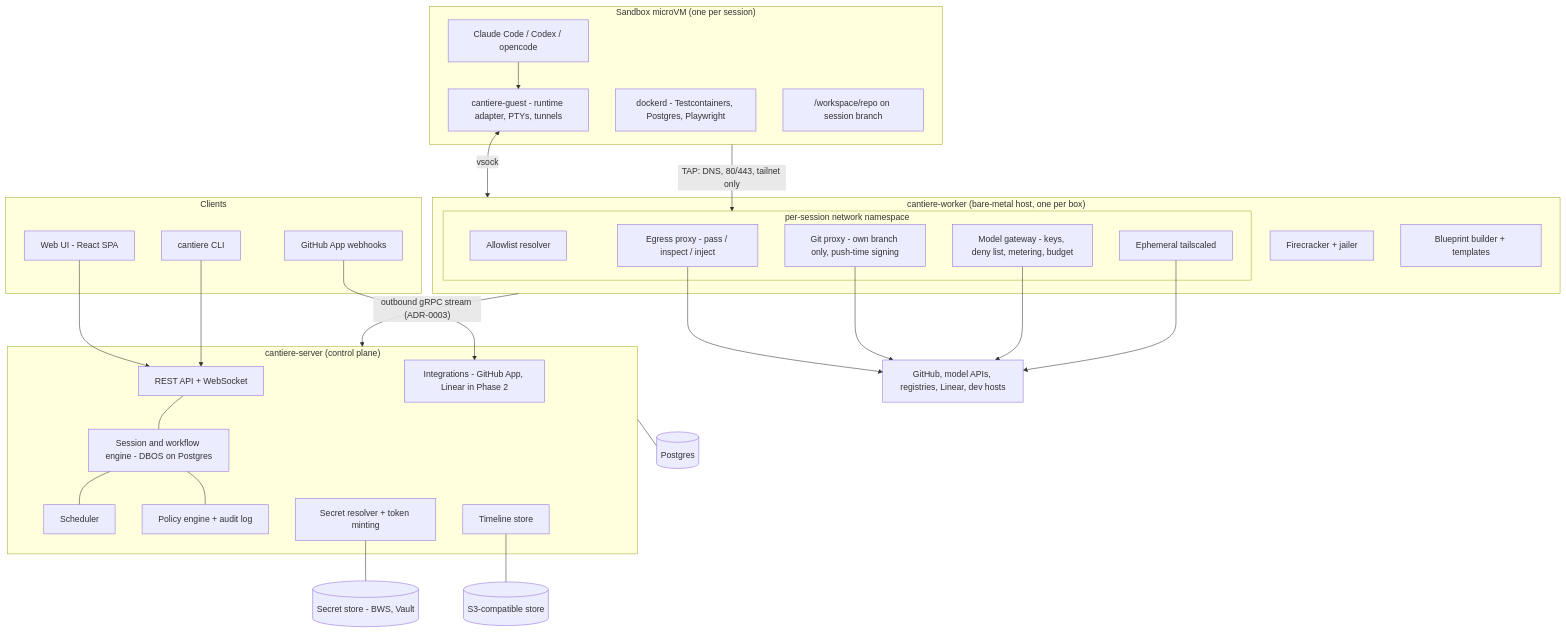
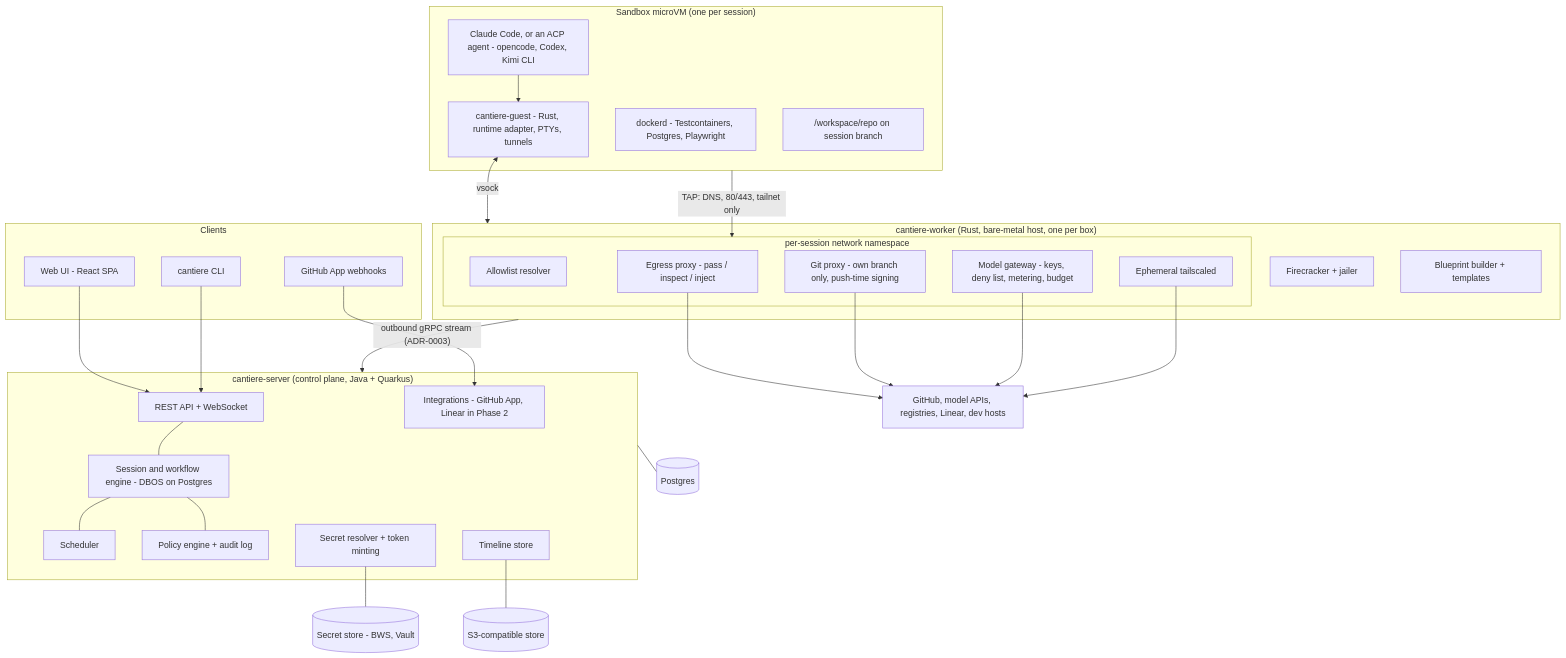
The first of 2 diagrams in docs/architecture.md (noahwhite/cantiere), drawn with Mermaid before and after one commit. The commit also changed other lines of this file and 12 other files, not shown here.

First line of the commit message:
Revise milestone 1 ADRs: Quarkus server, Rust worker, ACP runtimes

````diff
--- a/docs/architecture.md
+++ b/docs/architecture.md
@@ -17,61 +17,61 @@
 ```mermaid
 flowchart TB
     subgraph clients[Clients]
         web[Web UI - React SPA]
         cli[cantiere CLI]
         gh_hooks[GitHub App webhooks]
     end
 
-    subgraph cp["cantiere-server (control plane)"]
+    subgraph cp["cantiere-server (control plane, Java + Quarkus)"]
         api[REST API + WebSocket]
         sess[Session and workflow engine - DBOS on Postgres]
         sched[Scheduler]
         pol[Policy engine + audit log]
         integ[Integrations - GitHub App, Linear in Phase 2]
         broker[Secret resolver + token minting]
         tl[Timeline store]
     end
 
     pg[(Postgres)]
     obj[(S3-compatible store)]
     secrets[(Secret store - BWS, Vault)]
 
-    subgraph worker["cantiere-worker (bare-metal host, one per box)"]
+    subgraph worker["cantiere-worker (Rust, bare-metal host, one per box)"]
         vmm[Firecracker + jailer]
         build[Blueprint builder + templates]
         subgraph netns["per-session network namespace"]
             dns[Allowlist resolver]
             proxy[Egress proxy - pass / inspect / inject]
             gitp[Git proxy - own branch only, push-time signing]
             gw[Model gateway - keys, deny list, metering, budget]
             ts[Ephemeral tailscaled]
         end
     end
 
     subgraph vm["Sandbox microVM (one per session)"]
-        guest[cantiere-guest - runtime adapter, PTYs, tunnels]
-        agent[Claude Code / Codex / opencode]
+        guest[cantiere-guest - Rust, runtime adapter, PTYs, tunnels]
+        agent[Claude Code, or an ACP agent - opencode, Codex, Kimi CLI]
         dockerd[dockerd - Testcontainers, Postgres, Playwright]
         repos["/workspace/repo on session branch"]
     end
 
     ext[GitHub, model APIs, registries, Linear, dev hosts]
 
     web --> api
     cli --> api
     gh_hooks --> integ
     api --- sess
     sess --- sched
     sess --- pol
     cp --- pg
     tl --- obj
     broker --- secrets
     worker -- "outbound gRPC stream (ADR-0003)" --> cp
     guest <-- vsock --> worker
     agent --> guest
     vm -- "TAP: DNS, 80/443, tailnet only" --> netns
     proxy --> ext
     gitp --> ext
     gw --> ext
     ts --> ext
 ```
````
